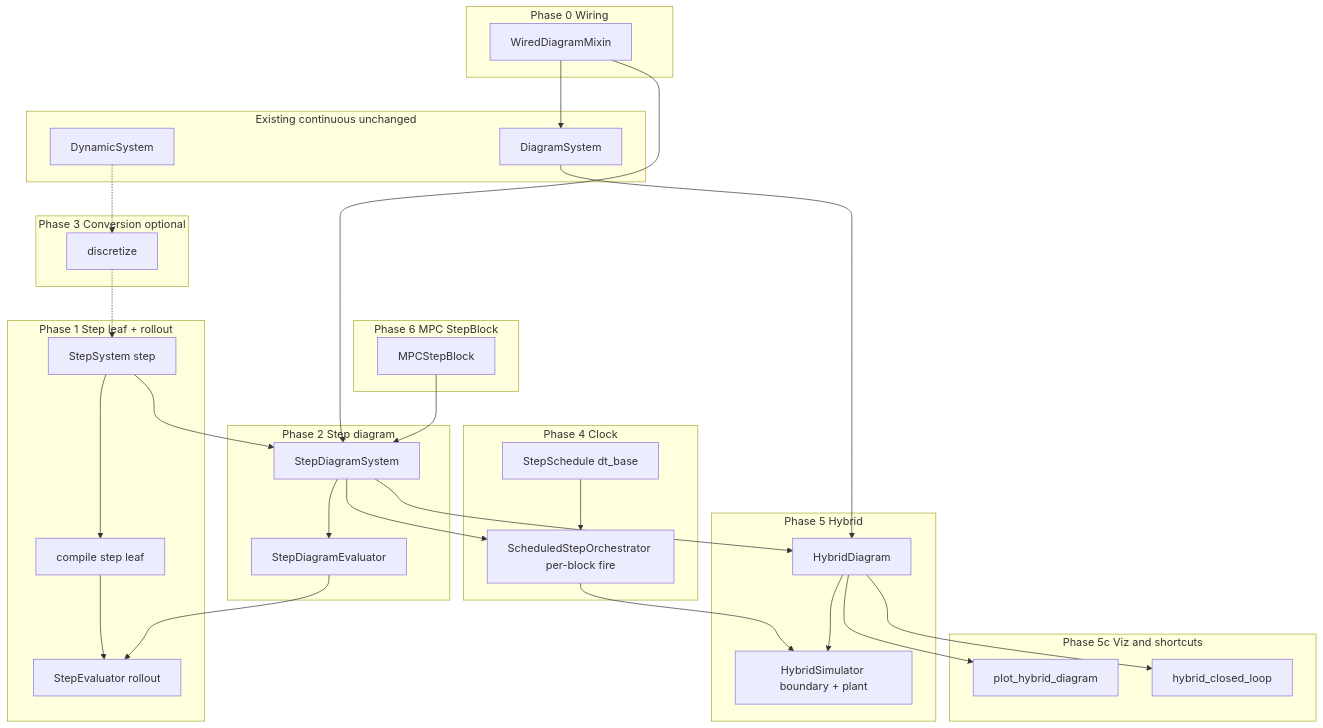
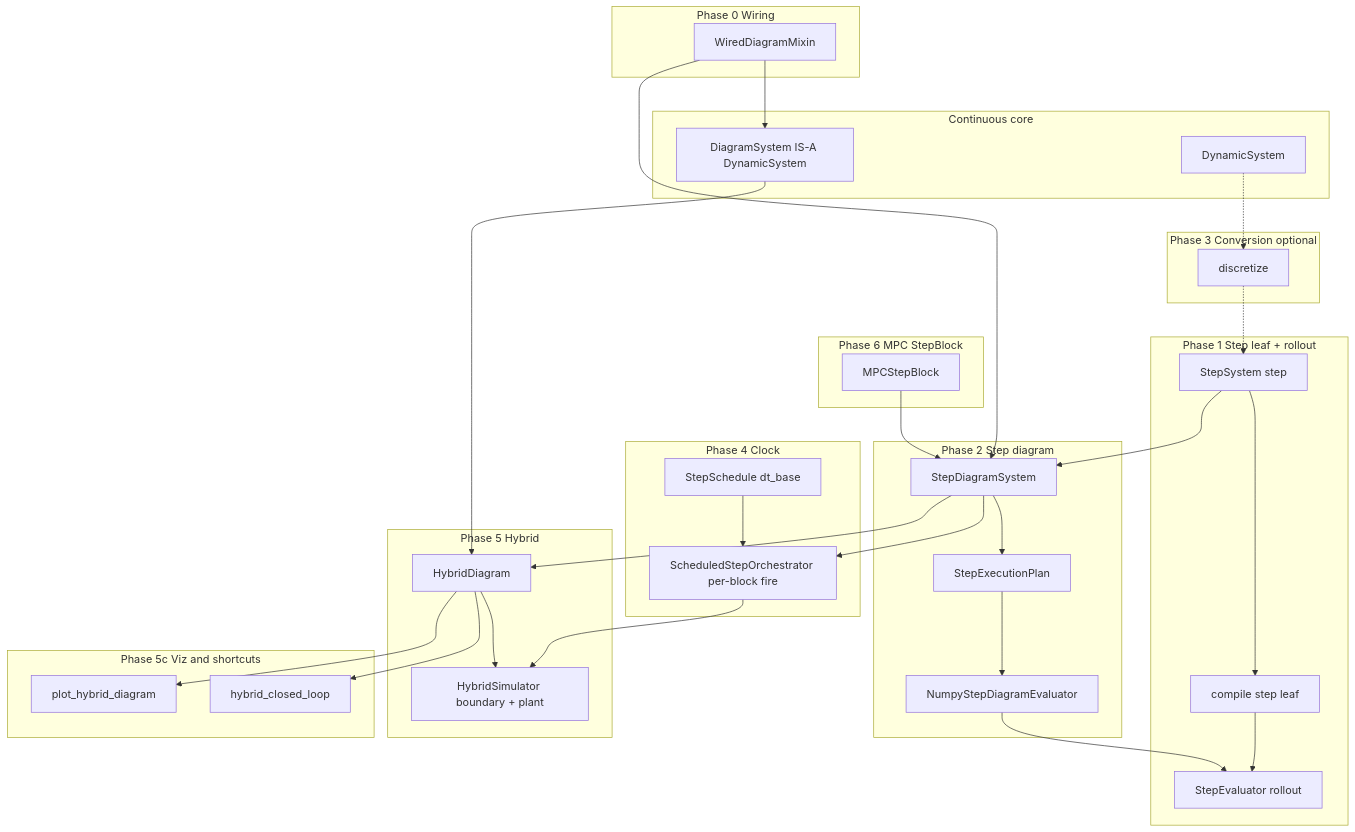
One commit to alx87grd/minilink changed the diagram in docs/plans/hybrid-discrete/00-master-plan.md. Above: the diagram before and after it, drawn with Mermaid. The commit also changed other lines of this file and 29 other files, not shown here.

First line of the commit message:
Phase 2: StepDiagramSystem compile path, rollout, and teaching demos.

````diff
--- a/docs/plans/hybrid-discrete/00-master-plan.md
+++ b/docs/plans/hybrid-discrete/00-master-plan.md
@@ -136,60 +139,61 @@
 ```mermaid
 flowchart TB
     subgraph P0 [Phase 0 Wiring]
         WIR[WiredDiagramMixin]
     end
 
     subgraph P1 [Phase 1 Step leaf + rollout]
         SS[StepSystem step]
         CSL[compile step leaf]
         SR[StepEvaluator rollout]
     end
 
     subgraph P2 [Phase 2 Step diagram]
         SDS[StepDiagramSystem]
-        SE[StepDiagramEvaluator]
+        SEP[StepExecutionPlan]
+        SDE[NumpyStepDiagramEvaluator]
     end
 
     subgraph P3 [Phase 3 Conversion optional]
         DISC[discretize]
     end
 
     subgraph P4 [Phase 4 Clock]
         SCH[StepSchedule dt_base]
         ORCH[ScheduledStepOrchestrator per-block fire]
     end
 
     subgraph P5 [Phase 5 Hybrid]
         HD[HybridDiagram]
         HS[HybridSimulator boundary + plant]
     end
 
     subgraph P5c [Phase 5c Viz and shortcuts]
         PLOT[plot_hybrid_diagram]
         HCL[hybrid_closed_loop]
     end
 
     subgraph P6 [Phase 6 MPC StepBlock]
         MPC[MPCStepBlock]
     end
 
-    subgraph Cont [Existing continuous unchanged]
+    subgraph Cont [Continuous core]
         DS[DynamicSystem]
-        DF[DiagramSystem]
+        DF[DiagramSystem IS-A DynamicSystem]
     end
 
     WIR --> DF
     WIR --> SDS
     SS --> CSL --> SR
-    SS --> SDS --> SE --> SR
+    SS --> SDS --> SEP --> SDE --> SR
     DS -.-> DISC -.-> SS
     SDS --> ORCH
     SCH --> ORCH
     ORCH --> HS
     SDS --> HD
     DF --> HD
     HD --> HS
     HD --> PLOT
     HD --> HCL
     MPC --> SDS
 ```
````
